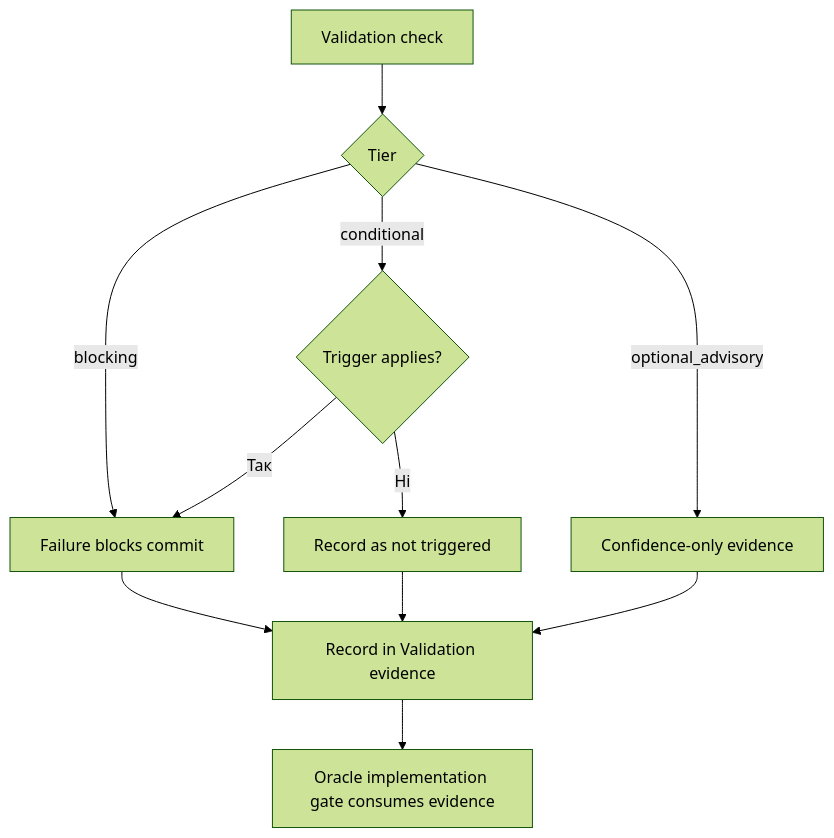
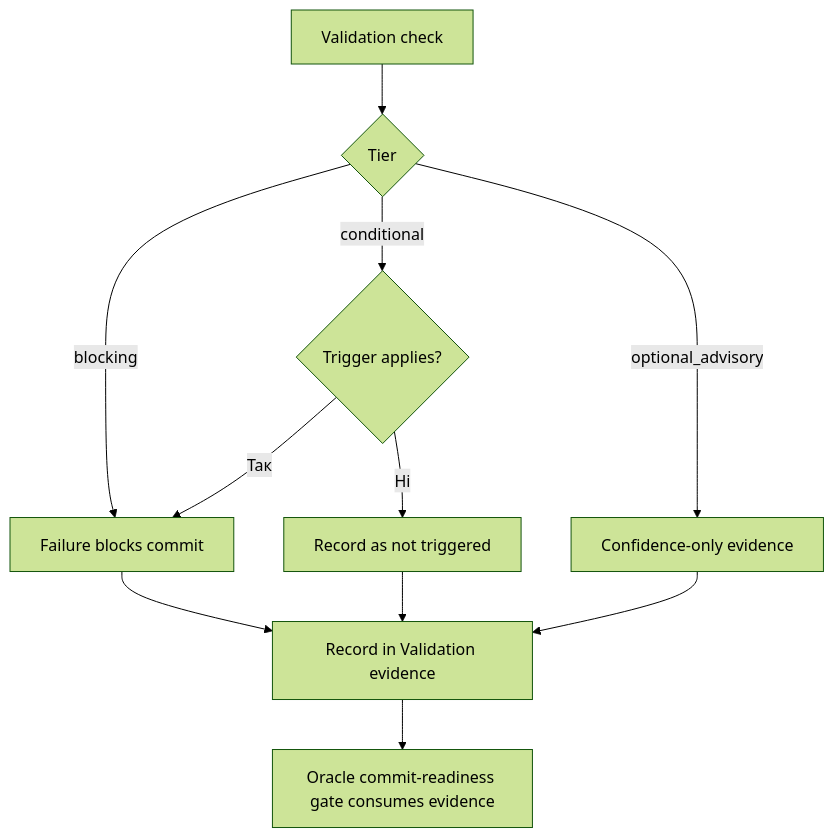
Before and after one commit to Helg1us/cookbook: the fifth of 8 diagrams in docs/workflows/repoprompt-ce/autonomous-slice-loop-specialist-reviews.uk.md, drawn with Mermaid (forest theme). The commit also changed other lines of this file and 1 other file, not shown here.

````diff
--- a/docs/workflows/repoprompt-ce/autonomous-slice-loop-specialist-reviews.uk.md
+++ b/docs/workflows/repoprompt-ce/autonomous-slice-loop-specialist-reviews.uk.md
@@ -211,15 +218,15 @@
 ```mermaid
 flowchart TD
   A["Validation check"] --> B{"Tier"}
 
   B -->|blocking| C["Failure blocks commit"]
   B -->|conditional| D{"Trigger applies?"}
   D -->|Так| C
   D -->|Ні| E["Record as not triggered"]
   B -->|optional_advisory| F["Confidence-only evidence"]
 
   C --> G["Record in Validation evidence"]
   E --> G
   F --> G
-  G --> H["Oracle implementation gate consumes evidence"]
+  G --> H["Oracle commit-readiness gate consumes evidence"]
 ```
````
